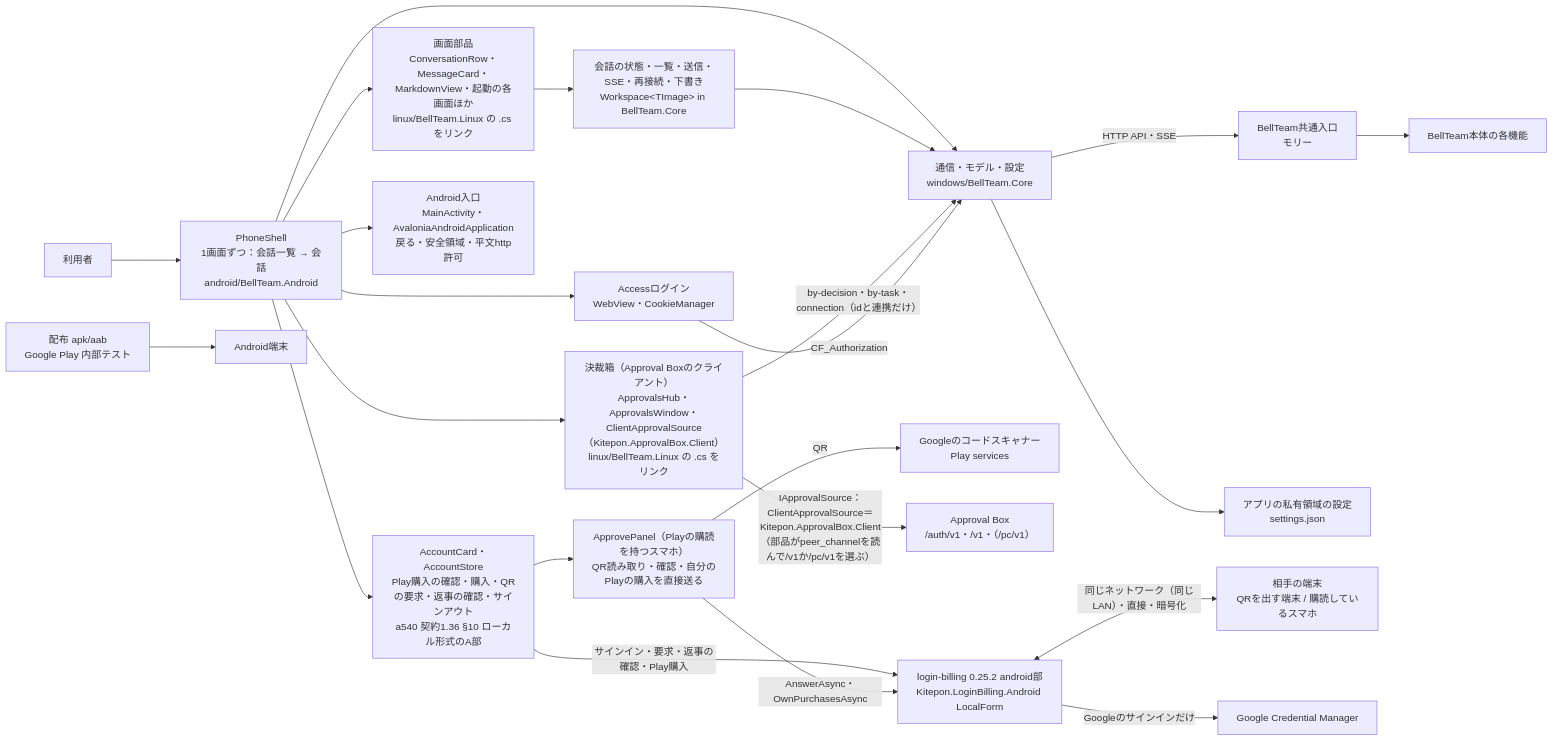
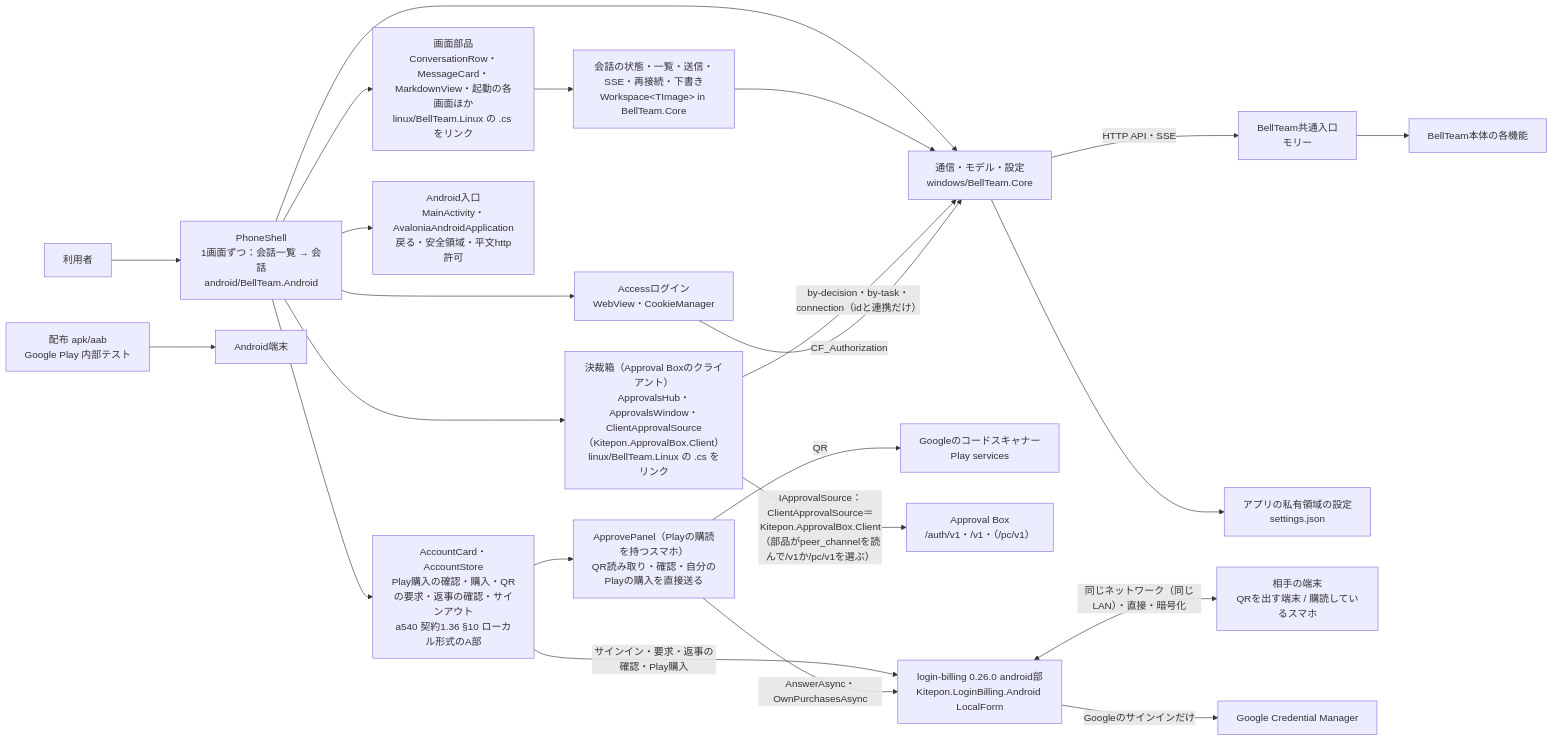
Before and after one commit to kitepon/BellTeam: the first of 2 diagrams in docs/android-architecture.md, drawn with Mermaid. The commit also changed 12 other files, not shown here.

First line of the commit message:
login-billing 0.26.0 and Approval Box client 0.7.0: the join outcome is the library's (Android drops ChildJoinAccept)

````diff
--- a/docs/android-architecture.md
+++ b/docs/android-architecture.md
@@ -9,25 +9,25 @@
 ```mermaid
 flowchart LR
   user[利用者] --> shell[PhoneShell<br/>1画面ずつ：会話一覧 → 会話<br/>android/BellTeam.Android]
   shell --> views[画面部品<br/>ConversationRow・MessageCard・MarkdownView・起動の各画面ほか<br/>linux/BellTeam.Linux の .cs をリンク]
   views --> ws[会話の状態・一覧・送信・SSE・再接続・下書き<br/>Workspace&lt;TImage&gt; in BellTeam.Core]
   shell --> core[通信・モデル・設定<br/>windows/BellTeam.Core]
   ws --> core
   core -->|HTTP API・SSE| integration[BellTeam共通入口<br/>モリー]
   core --> local[アプリの私有領域の設定<br/>settings.json]
   shell --> account[AccountCard・AccountStore<br/>Play購入の確認・購入・QRの要求・返事の確認・サインアウト<br/>a540 契約1.36 §10 ローカル形式のA部]
   account --> approve[ApprovePanel（Playの購読を持つスマホ）<br/>QR読み取り・確認・自分のPlayの購入を直接送る]
   approve -->|QR| scanner[Googleのコードスキャナー<br/>Play services]
   shell --> abx[決裁箱（Approval Boxのクライアント）<br/>ApprovalsHub・ApprovalsWindow・ClientApprovalSource（Kitepon.ApprovalBox.Client）<br/>linux/BellTeam.Linux の .cs をリンク]
   abx -->|IApprovalSource：ClientApprovalSource＝Kitepon.ApprovalBox.Client（部品がpeer_channelを読んで/v1か/pc/v1を選ぶ）| abxsrv[Approval Box<br/>/auth/v1・/v1・（/pc/v1）]
   abx -->|by-decision・by-task・connection（idと連携だけ）| core
-  account -->|サインイン・要求・返事の確認・Play購入| lib[login-billing 0.25.2 android部<br/>Kitepon.LoginBilling.Android LocalForm]
+  account -->|サインイン・要求・返事の確認・Play購入| lib[login-billing 0.26.0 android部<br/>Kitepon.LoginBilling.Android LocalForm]
   approve -->|AnswerAsync・OwnPurchasesAsync| lib
   lib <-->|同じネットワーク（同じLAN）・直接・暗号化| peer[相手の端末<br/>QRを出す端末 / 購読しているスマホ]
   lib -->|Googleのサインインだけ| google[Google Credential Manager]
   shell --> access[Accessログイン<br/>WebView・CookieManager]
   access -->|CF_Authorization| core
   shell --> android[Android入口<br/>MainActivity・AvaloniaAndroidApplication<br/>戻る・安全領域・平文http許可]
   release[配布 apk/aab<br/>Google Play 内部テスト] --> device[Android端末]
   integration --> server[BellTeam本体の各機能]
 ```
````
